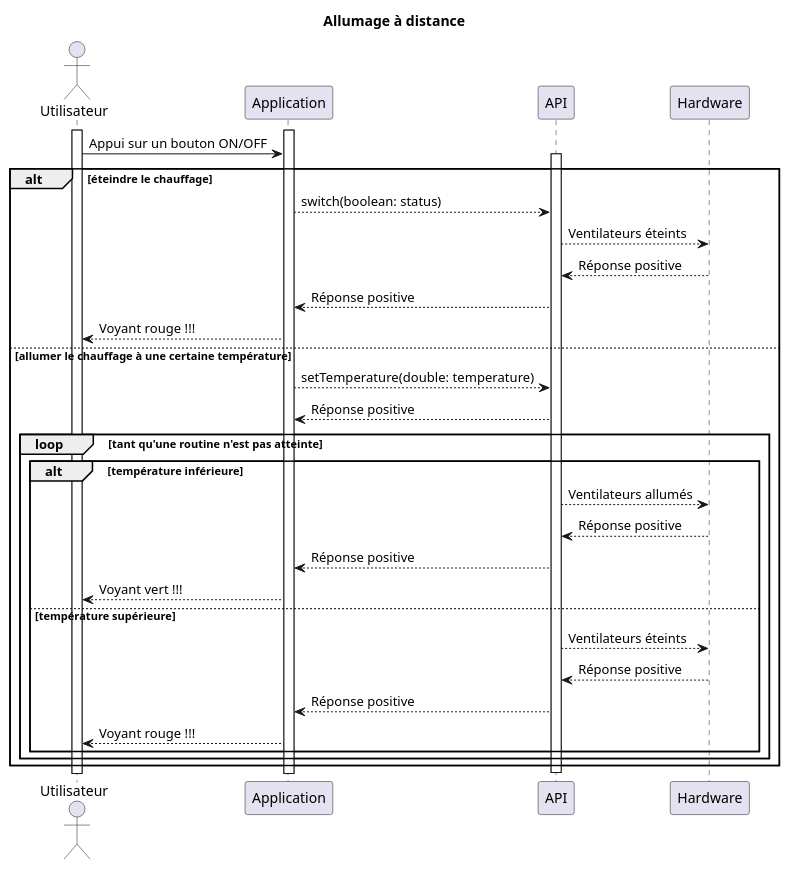
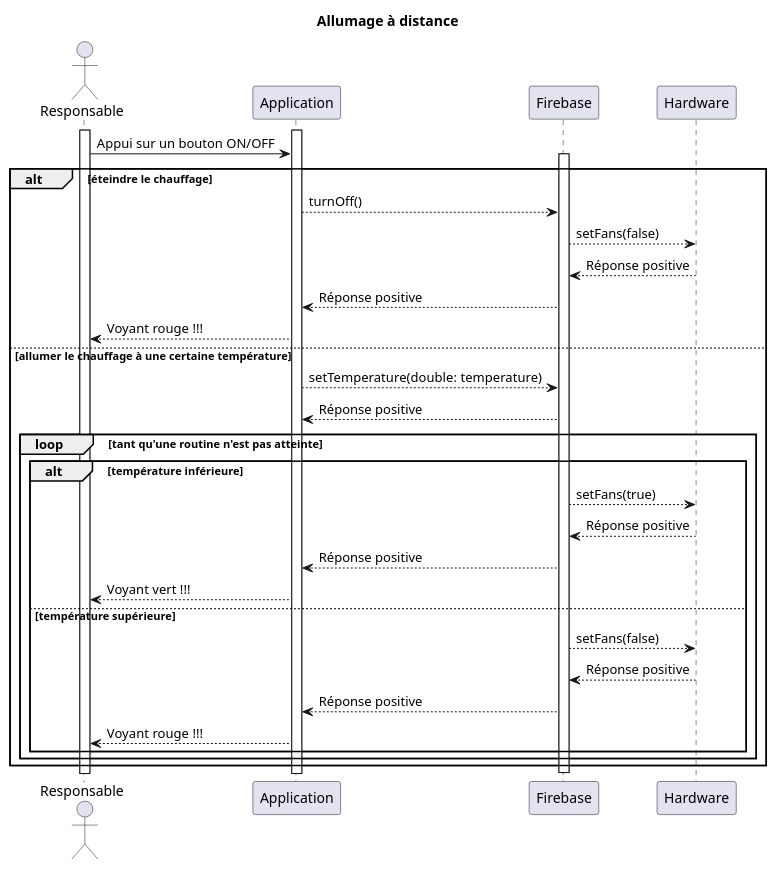
The diagram in diagrams/seq/turn_on_heating.puml (chauffapagnan/documentation), drawn with PlantUML before and after one commit. The commit also changed 11 other files, not shown here.

Commit message:
📝 mise à jour des diagrammes de séquence

```diff
--- a/diagrams/seq/turn_on_heating.puml
+++ b/diagrams/seq/turn_on_heating.puml
@@ -1,44 +1,44 @@
 @startuml
 
 title Allumage à distance
 
-actor Utilisateur
+actor Responsable
 
-activate Utilisateur
+activate Responsable
 activate Application
-participant API
+participant Firebase
 participant Hardware
 
-Utilisateur -> Application: Appui sur un bouton ON/OFF
+Responsable -> Application: Appui sur un bouton ON/OFF
 
 
-activate API
+activate Firebase
 alt éteindre le chauffage
-    Application --> API: switch(boolean: status)
-    API --> Hardware: Ventilateurs éteints
-    Hardware --> API: Réponse positive
-    API --> Application: Réponse positive
-    Application --> Utilisateur: Voyant rouge !!!
+    Application --> Firebase: turnOff()
+    Firebase --> Hardware: setFans(false)
+    Hardware --> Firebase: Réponse positive
+    Firebase --> Application: Réponse positive
+    Application --> Responsable: Voyant rouge !!!
 
 else allumer le chauffage à une certaine température
-    Application --> API: setTemperature(double: temperature)
-    API --> Application: Réponse positive
+    Application --> Firebase: setTemperature(double: temperature)
+    Firebase --> Application: Réponse positive
 
     loop tant qu'une routine n'est pas atteinte
         alt température inférieure
-            API --> Hardware: Ventilateurs allumés
-            Hardware --> API: Réponse positive
-            API --> Application: Réponse positive
-            Application --> Utilisateur: Voyant vert !!!
+            Firebase --> Hardware: setFans(true)
+            Hardware --> Firebase: Réponse positive
+            Firebase --> Application: Réponse positive
+            Application --> Responsable: Voyant vert !!!
         else température supérieure
-            API --> Hardware: Ventilateurs éteints
-            Hardware --> API: Réponse positive
-            API --> Application: Réponse positive
-            Application --> Utilisateur: Voyant rouge !!!
+            Firebase --> Hardware: setFans(false)
+            Hardware --> Firebase: Réponse positive
+            Firebase --> Application: Réponse positive
+            Application --> Responsable: Voyant rouge !!!
         end
     end
 end
 
-deactivate API
+deactivate Firebase
 
 @enduml
```
